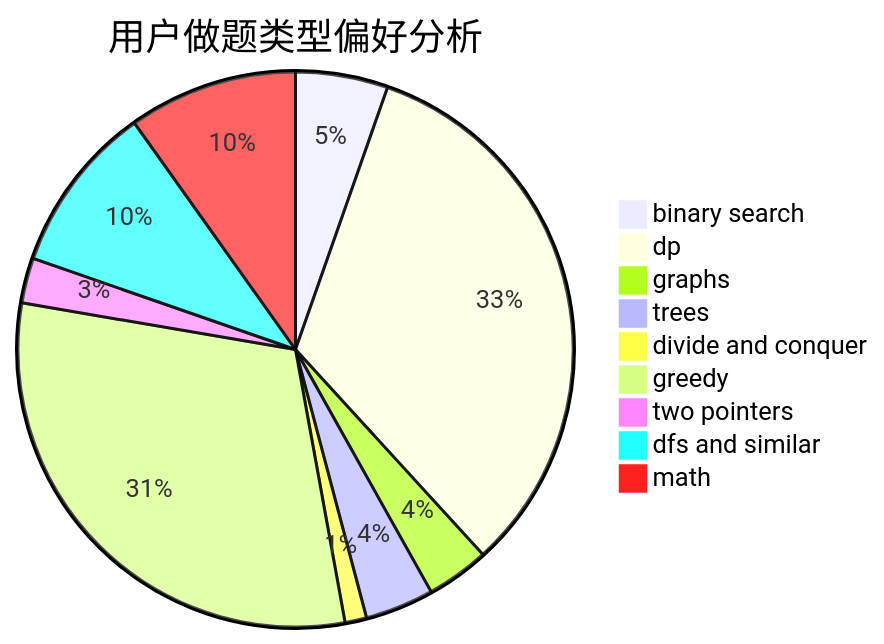
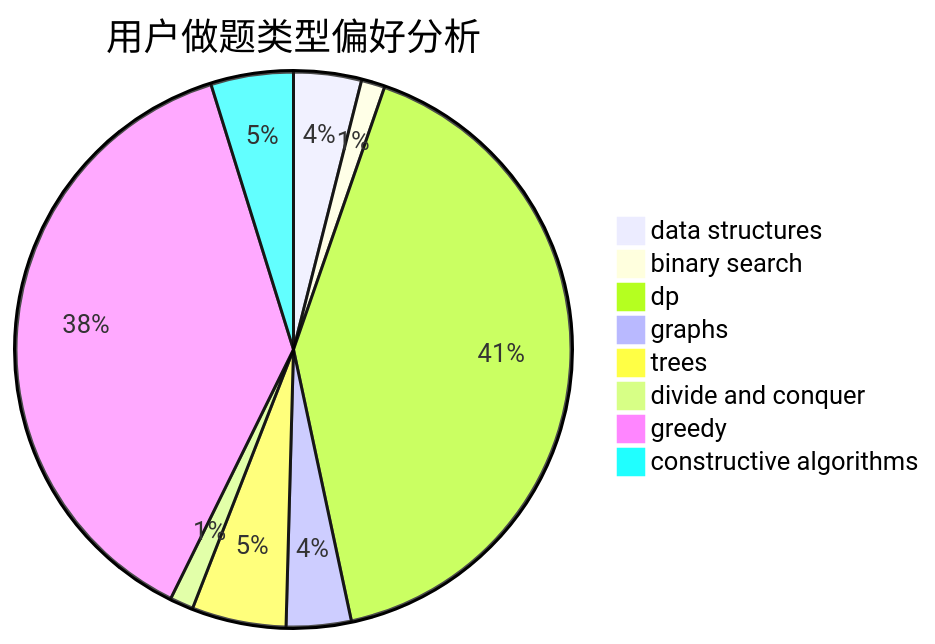
One commit to sherpahu/cfrs.github.io changed the second of 3 diagrams in docs/user/u2538.md. Above: the diagram before and after it, drawn with Mermaid. The commit also changed other lines of this file and 2775 other files, not shown here.

````diff
--- a/docs/user/u2538.md
+++ b/docs/user/u2538.md
@@ -23,12 +23,11 @@
 ```mermaid
 pie title 用户做题类型偏好分析
-    "binary search" :  47
-    "dp" :  287
-    "graphs" :  32
-    "trees" :  35
-    "divide and conquer" :  11
-    "greedy" :  267
-    "two pointers" :  23
-    "dfs and similar" :  86
-    "math" :  86
+    "data structures" :  23
+    "binary search" :  8
+    "dp" :  241
+    "graphs" :  22
+    "trees" :  32
+    "divide and conquer" :  8
+    "greedy" :  221
+    "constructive algorithms" :  28
 ```
````
